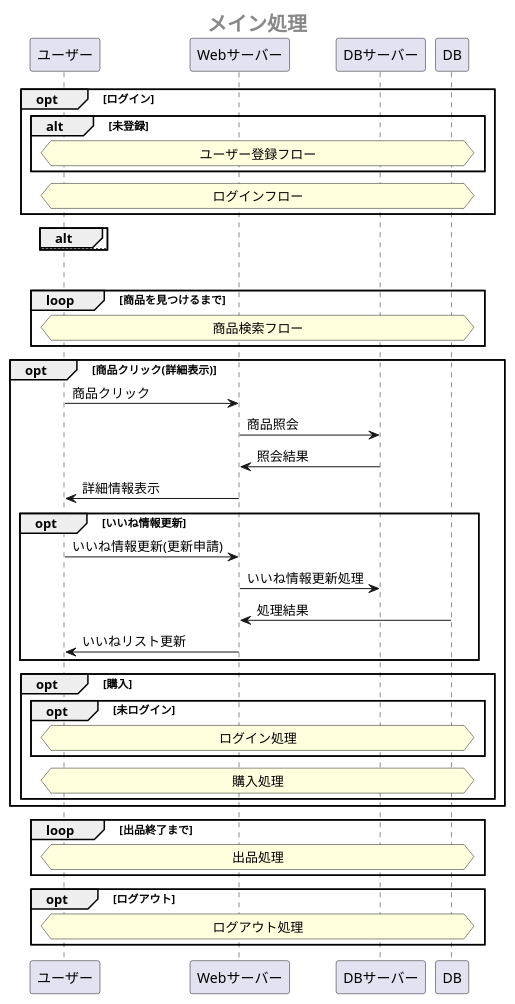
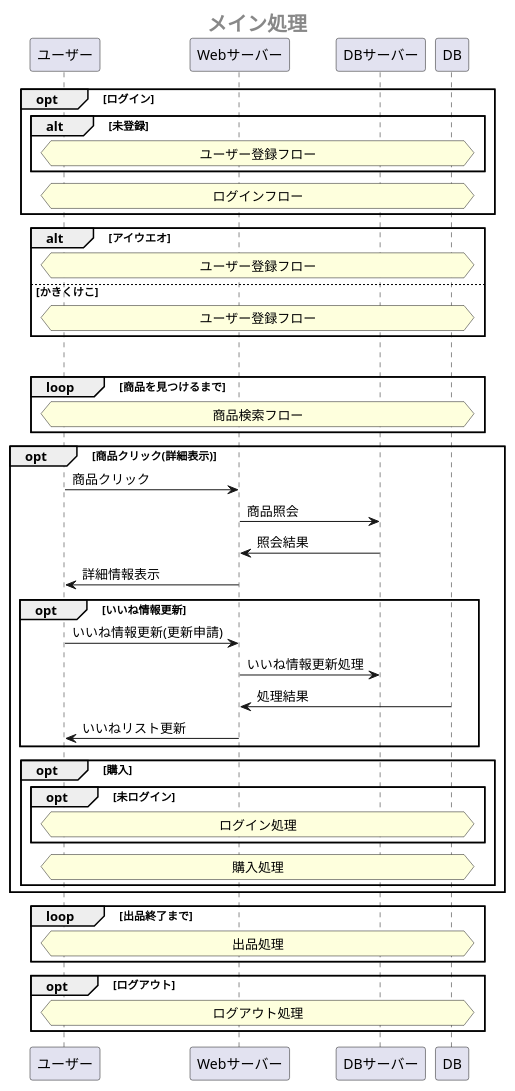
One commit to Aso2001385/NAISA changed the first of 7 diagrams in 設計書/02_業務フロー/2021-12-22BusinessFlow.md. Above: the diagram before and after it, drawn with PlantUML.

````diff
--- a/設計書/02_業務フロー/2021-12-22BusinessFlow.md
+++ b/設計書/02_業務フロー/2021-12-22BusinessFlow.md
@@ -1,51 +1,53 @@
 ```uml 
 @startuml 
  center header <size:20><b>メイン処理</b></size>
 
  opt ログイン
   alt 未登録
   hnote across: ユーザー登録フロー
   end
   hnote across: ログインフロー
  end
  
- alt
- else
+ alt アイウエオ
+   hnote across: ユーザー登録フロー
+ else かきくけこ
+   hnote across: ユーザー登録フロー
  end
 
  loop 購入処理成功まで
   loop 商品を見つけるまで
    hnote across: 商品検索フロー
   end
 
  opt 商品クリック(詳細表示)
 ユーザー -> Webサーバー : 商品クリック
 Webサーバー -> DBサーバー : 商品照会
 DBサーバー -> Webサーバー : 照会結果
 Webサーバー -> ユーザー : 詳細情報表示
 
   opt いいね情報更新
    ユーザー -> Webサーバー:いいね情報更新(更新申請)
    Webサーバー -> DBサーバー:いいね情報更新処理
    DB -> Webサーバー:処理結果
    Webサーバー -> ユーザー:いいねリスト更新
   end
 
   opt 購入
    opt 未ログイン
      hnote across: ログイン処理
    end
    hnote across: 購入処理
   end
 
  end
  
  loop 出品終了まで
   hnote across: 出品処理
  end
 
  opt ログアウト
   hnote across: ログアウト処理
  end
 @enduml
 ```
````
